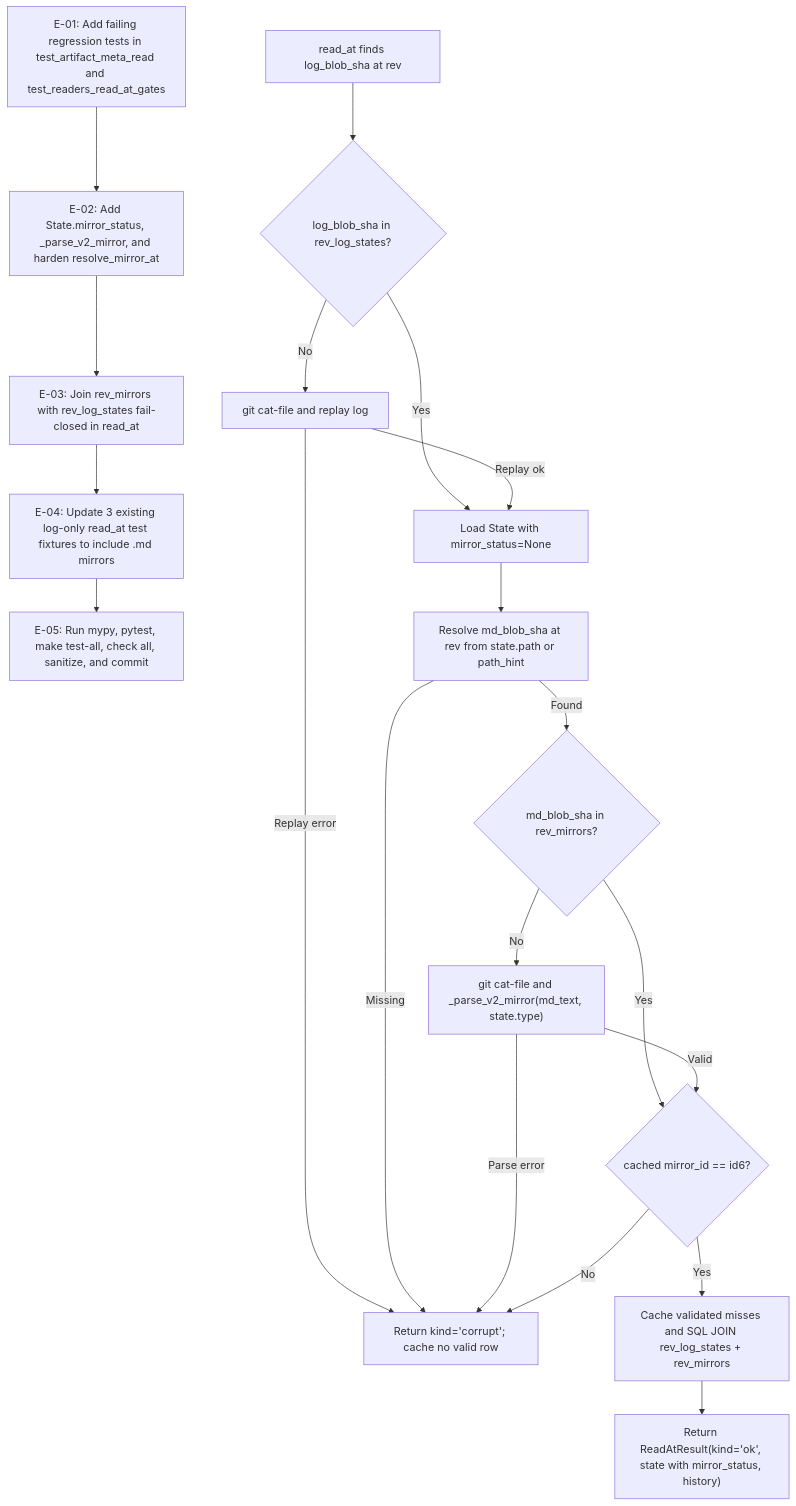
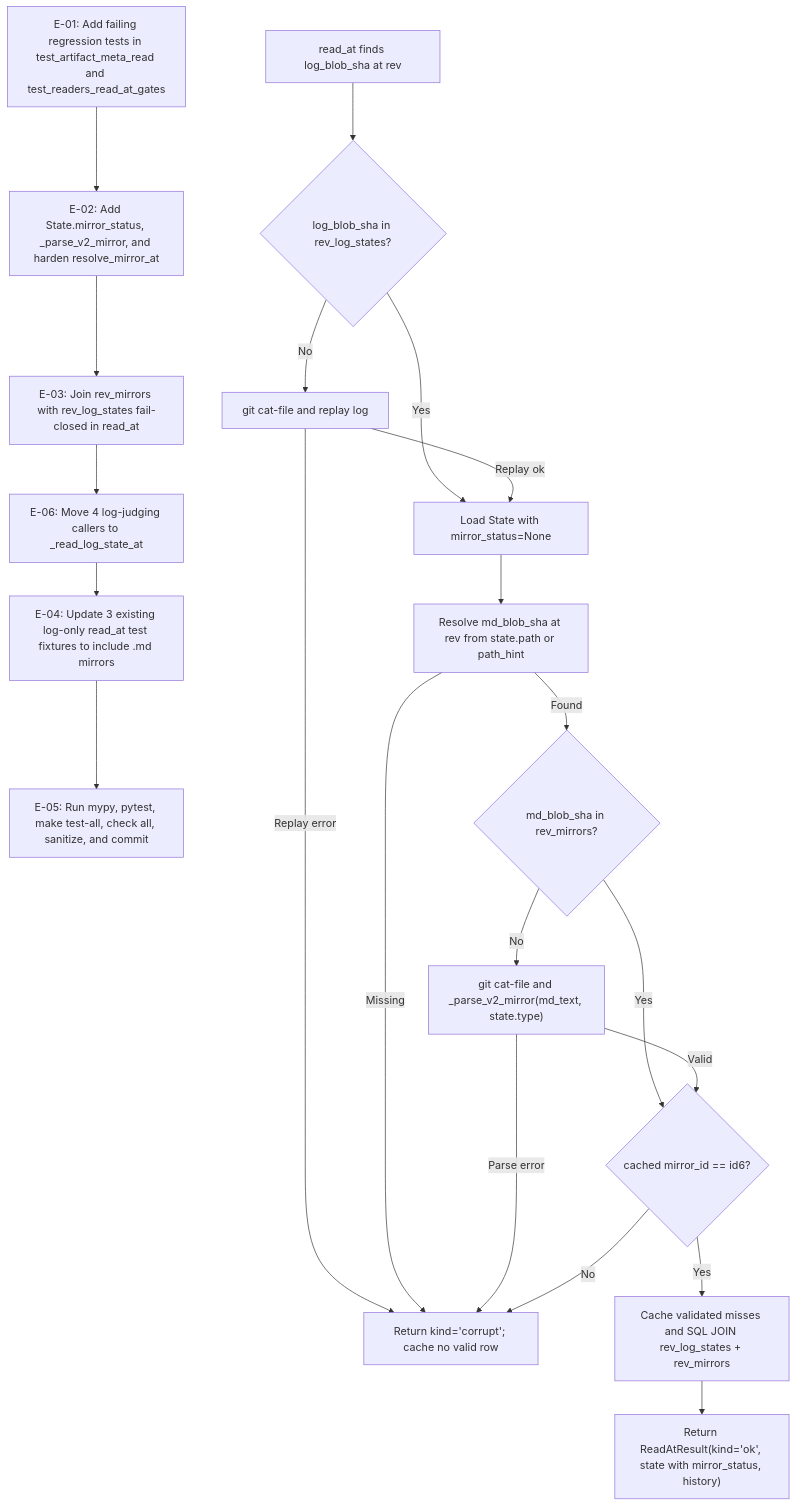
The second of 2 diagrams in .aw/records/plans/pending/20261121-83kkzh-01-bebahq-join-rev-mirrors-with-rev-log-states-in-artifact-meta-read-a.ipd.md (fariello/agent-workflows), drawn with Mermaid before and after one commit. The commit also changed other lines of this file and 1 other file, not shown here.

````diff
--- a/.aw/records/plans/pending/20261121-83kkzh-01-bebahq-join-rev-mirrors-with-rev-log-states-in-artifact-meta-read-a.ipd.md
+++ b/.aw/records/plans/pending/20261121-83kkzh-01-bebahq-join-rev-mirrors-with-rev-log-states-in-artifact-meta-read-a.ipd.md
@@ -97,23 +124,24 @@
 ```mermaid
 flowchart TD
     E01["E-01: Add failing regression tests in test_artifact_meta_read and test_readers_read_at_gates"] --> E02["E-02: Add State.mirror_status, _parse_v2_mirror, and harden resolve_mirror_at"]
     E02 --> E03["E-03: Join rev_mirrors with rev_log_states fail-closed in read_at"]
-    E03 --> E04["E-04: Update 3 existing log-only read_at test fixtures to include .md mirrors"]
+    E03 --> E06["E-06: Move 4 log-judging callers to _read_log_state_at"]
+    E06 --> E04["E-04: Update 3 existing log-only read_at test fixtures to include .md mirrors"]
     E04 --> E05["E-05: Run mypy, pytest, make test-all, check all, sanitize, and commit"]
 
     L["read_at finds log_blob_sha at rev"] --> R{"log_blob_sha in rev_log_states?"}
     R -->|Yes| S["Load State with mirror_status=None"]
     R -->|No| P["git cat-file and replay log"]
     P -->|Replay error| X["Return kind='corrupt'; cache no valid row"]
     P -->|Replay ok| S
     S --> M["Resolve md_blob_sha at rev from state.path or path_hint"]
     M -->|Missing| X
     M -->|Found| MC{"md_blob_sha in rev_mirrors?"}
     MC -->|Yes| ID{"cached mirror_id == id6?"}
     MC -->|No| MV["git cat-file and _parse_v2_mirror(md_text, state.type)"]
     MV -->|Parse error| X
     MV -->|Valid| ID
     ID -->|No| X
     ID -->|Yes| C["Cache validated misses and SQL JOIN rev_log_states + rev_mirrors"]
     C --> OK["Return ReadAtResult(kind='ok', state with mirror_status, history)"]
 ```
````
